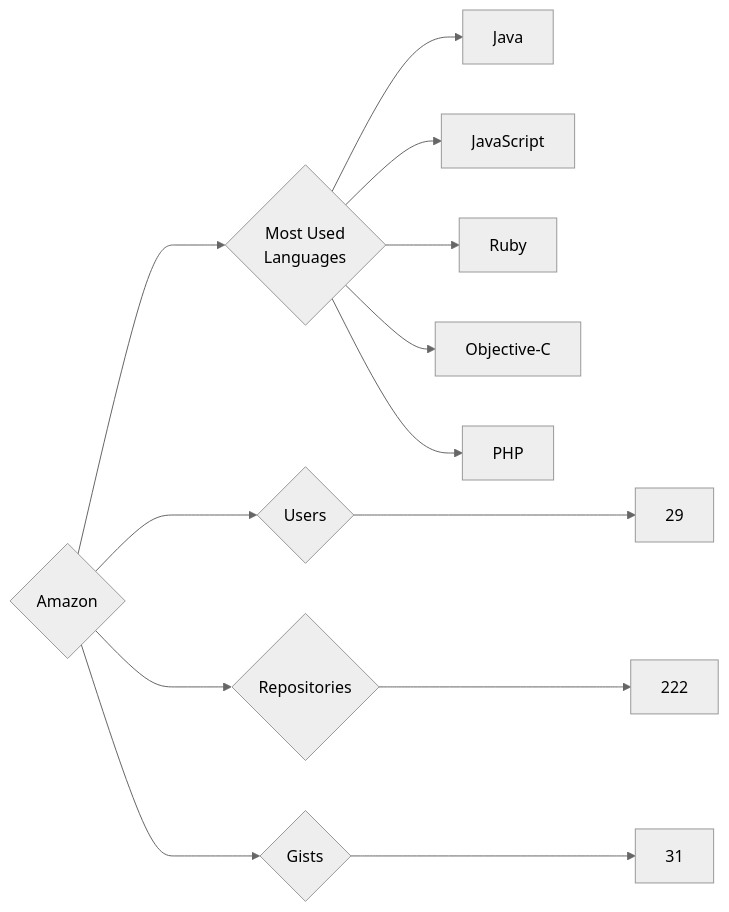
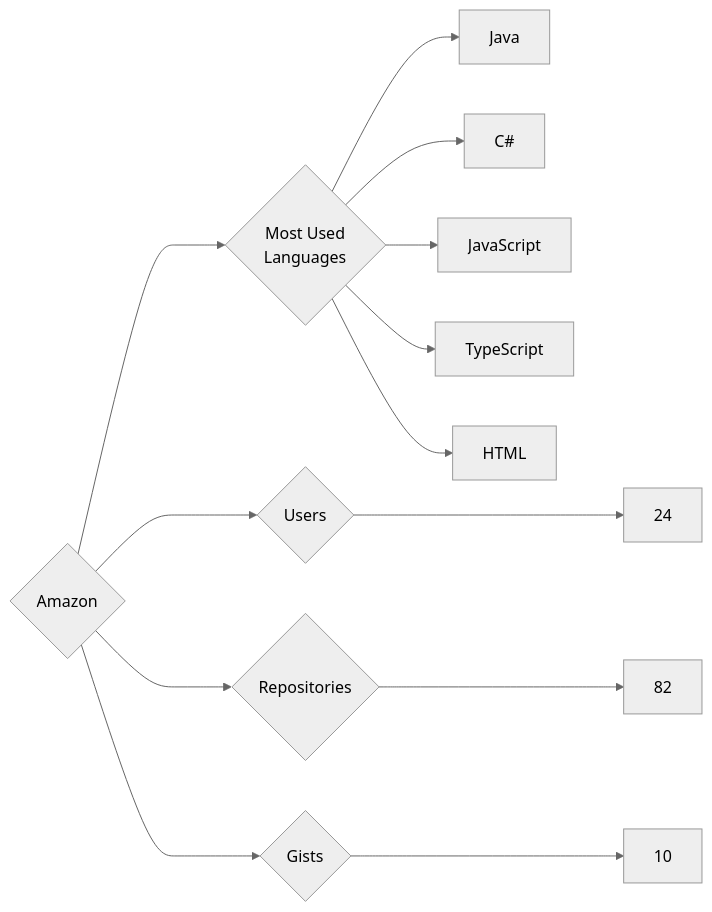
Before and after one commit to trickest/insiders: the diagram in targets/Amazon/README.md, drawn with Mermaid (neutral theme). The commit also changed 925 other files, not shown here.

````diff
--- a/targets/Amazon/README.md
+++ b/targets/Amazon/README.md
@@ -3,13 +3,13 @@
 ```mermaid
 graph LR
 COMPANY_NAME{Amazon}
-COMPANY_NAME ---> U{Users} ---> UN[29]
-COMPANY_NAME ---> R{Repositories} ---> RN[222]
-COMPANY_NAME ---> G{Gists} ---> GN[31]
+COMPANY_NAME ---> U{Users} ---> UN[24]
+COMPANY_NAME ---> R{Repositories} ---> RN[82]
+COMPANY_NAME ---> G{Gists} ---> GN[10]
 COMPANY_NAME ---> ML{Most Used<br>Languages}
 ML --> Java[Java]
+ML --> C#[C#]
 ML --> JavaScript[JavaScript]
-ML --> Ruby[Ruby]
-ML --> Objective-C[Objective-C]
-ML --> PHP[PHP]
+ML --> TypeScript[TypeScript]
+ML --> HTML[HTML]
 ```
````
